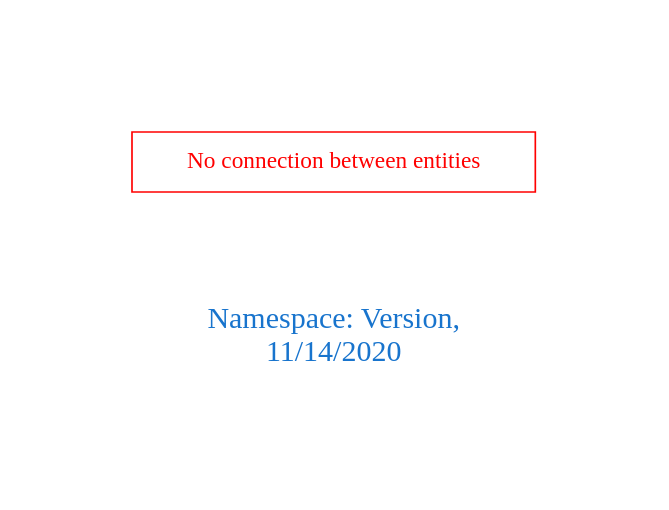
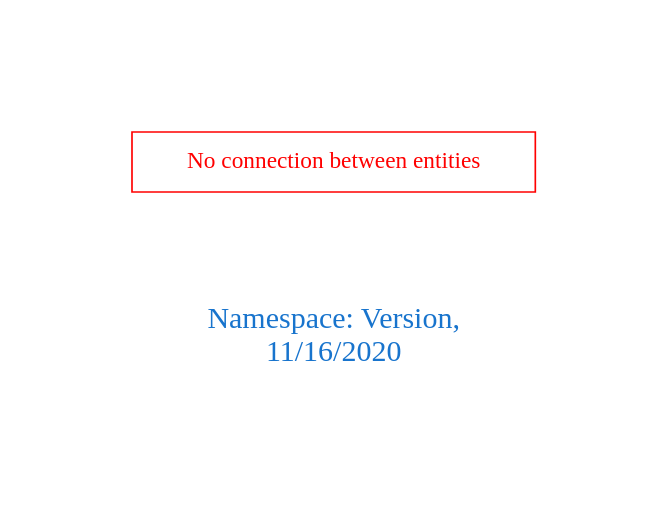
Before and after one commit to arago/OGIT: the diagram in downloads/Version.dot, drawn with Graphviz. The commit also changed 1832 other files, not shown here.

```diff
--- a/downloads/Version.dot
+++ b/downloads/Version.dot
@@ -1,9 +1,9 @@
 digraph OGIT_ontology {
  graph [ rankdir= LR,pad=1 
 fontsize = 18,
-fontcolor= dodgerblue3,label = "\n\n\nNamespace: Version, \n 11/14/2020"];
+fontcolor= dodgerblue3,label = "\n\n\nNamespace: Version, \n 11/16/2020"];
 node[shape=polygon];
 edge [  color="gray81"];
 
 "No connection between entities" [fontcolor = "red",color="red", shape="polygon"]
 }
```
